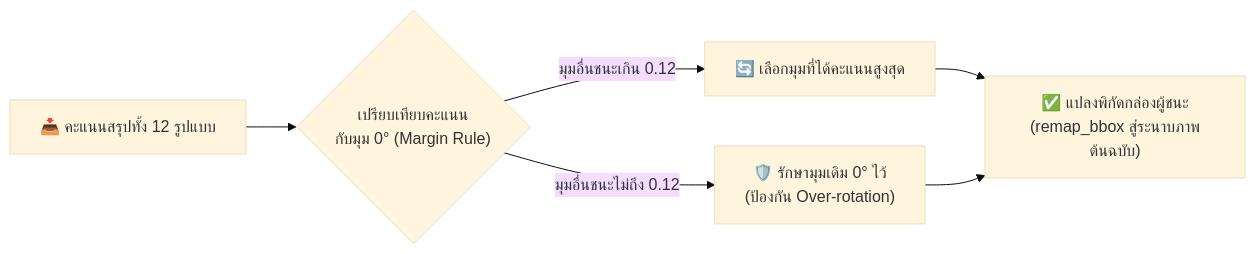
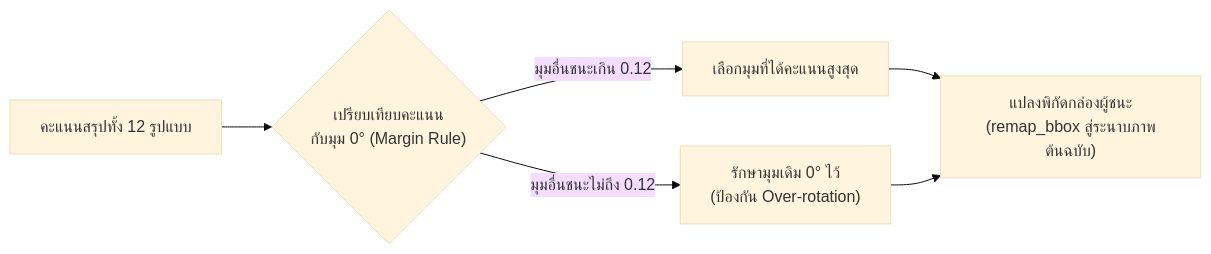
Before and after one commit to jirathxz/meter-reader: diagram 13 of 17 in TUTORIAL.md, drawn with Mermaid (base theme). The commit also changed other lines of this file and 1 other file, not shown here.

Commit message:
style(docs): remove all emojis across documentation and mermaid diagrams

````diff
--- a/TUTORIAL.md
+++ b/TUTORIAL.md
@@ -935,8 +935,8 @@
 ```mermaid
 flowchart LR
-  A2["📥 คะแนนสรุปทั้ง 12 รูปแบบ"] --> B2{"เปรียบเทียบคะแนน<br/>กับมุม 0° (Margin Rule)"}
-  B2 -->|"มุมอื่นชนะเกิน 0.12"| C2["🔄 เลือกมุมที่ได้คะแนนสูงสุด"]
-  B2 -->|"มุมอื่นชนะไม่ถึง 0.12"| D2["🛡️ รักษามุมเดิม 0° ไว้<br/>(ป้องกัน Over-rotation)"]
-  C2 --> E2["✅ แปลงพิกัดกล่องผู้ชนะ<br/>(remap_bbox สู่ระนาบภาพต้นฉบับ)"]
+  A2["คะแนนสรุปทั้ง 12 รูปแบบ"] --> B2{"เปรียบเทียบคะแนน<br/>กับมุม 0° (Margin Rule)"}
+  B2 -->|"มุมอื่นชนะเกิน 0.12"| C2["เลือกมุมที่ได้คะแนนสูงสุด"]
+  B2 -->|"มุมอื่นชนะไม่ถึง 0.12"| D2["รักษามุมเดิม 0° ไว้<br/>(ป้องกัน Over-rotation)"]
+  C2 --> E2["แปลงพิกัดกล่องผู้ชนะ<br/>(remap_bbox สู่ระนาบภาพต้นฉบับ)"]
   D2 --> E2
 ```
````
